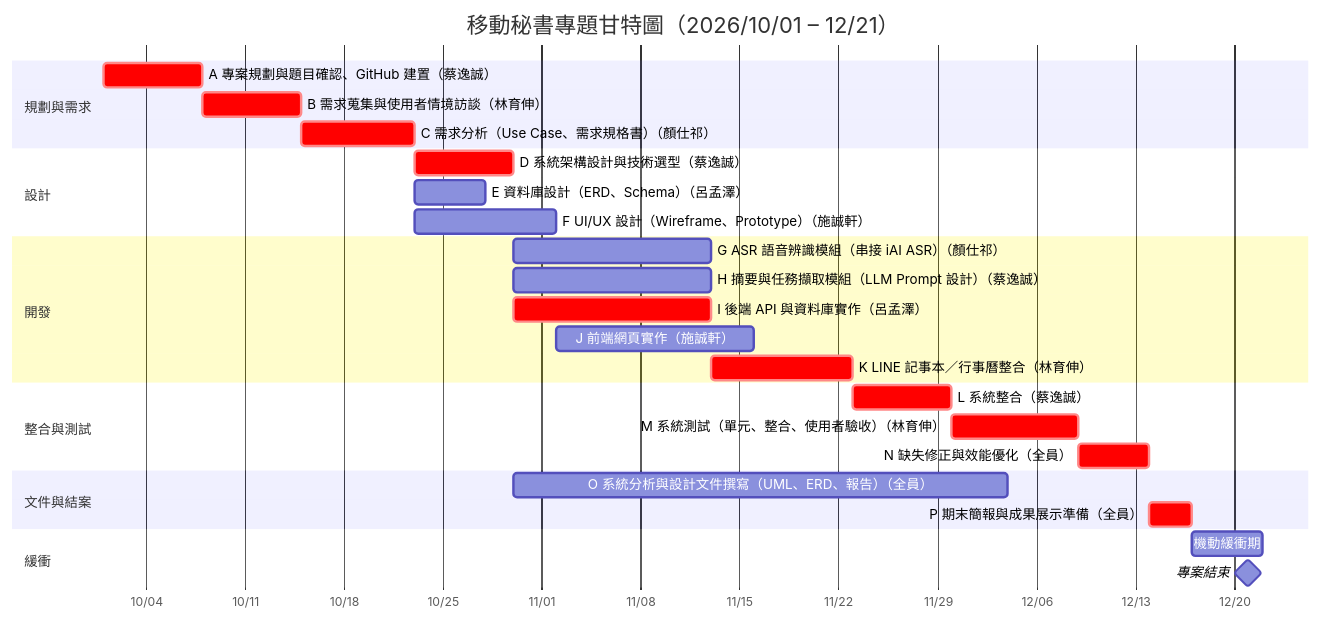
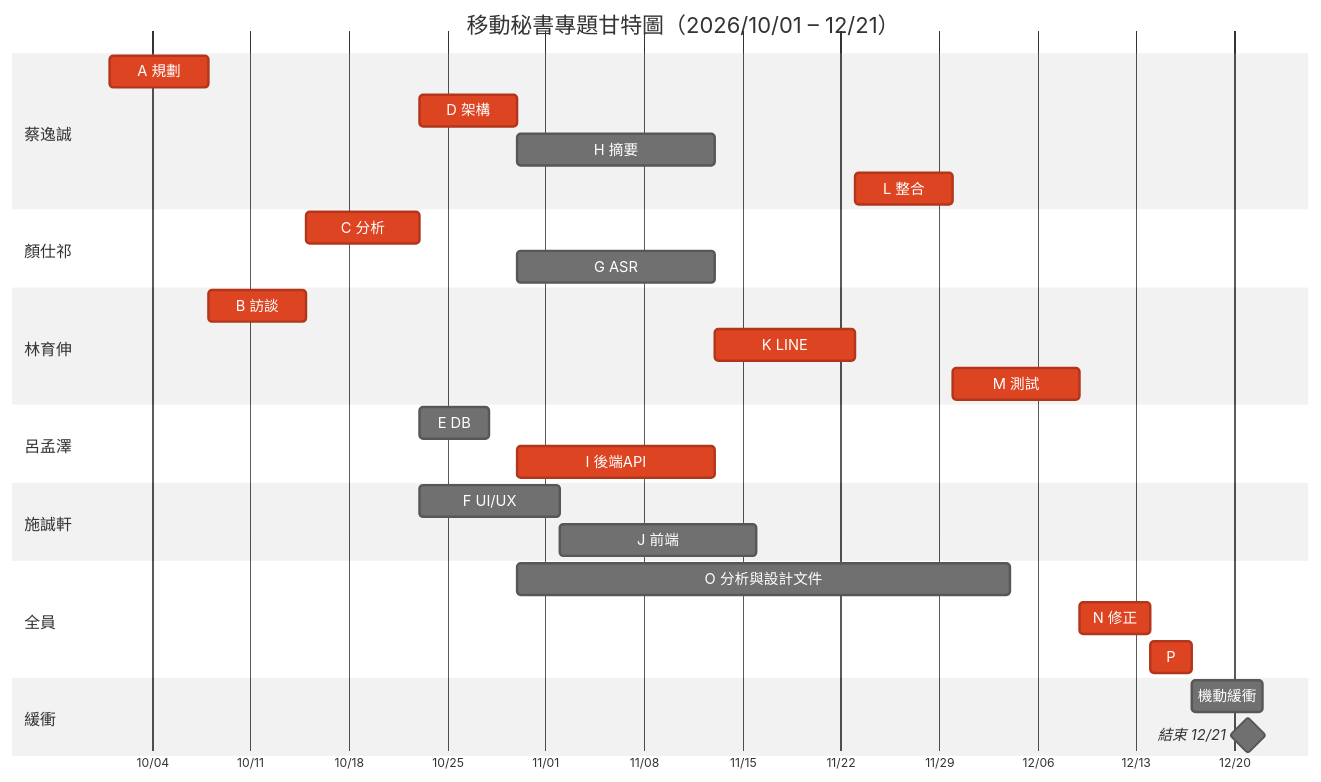
The first of 2 diagrams in team_work_2.md (YENpsychopomp/systemdesign), drawn with Mermaid before and after one commit.

Commit message:
Refactor Gantt chart sections and tasks

````diff
--- a/team_work_2.md
+++ b/team_work_2.md
@@ -86,31 +86,33 @@
 ```mermaid
+%%{init: {"theme": "neutral", "gantt": {"barHeight": 26, "barGap": 6, "fontSize": 12, "sectionFontSize": 13, "leftPadding": 80, "topPadding": 44, "gridLineStartPadding": 30}}}%%
 gantt
     title 移動秘書專題甘特圖（2026/10/01 – 12/21）
     dateFormat YYYY-MM-DD
     axisFormat %m/%d
     tickInterval 1week
-    section 規劃與需求
-    A 專案規劃與題目確認、GitHub 建置（蔡逸誠） :crit, a, 2026-10-01, 7d
-    B 需求蒐集與使用者情境訪談（林育伸） :crit, b, 2026-10-08, 7d
-    C 需求分析（Use Case、需求規格書）（顏仕祁） :crit, c, 2026-10-15, 8d
-    section 設計
-    D 系統架構設計與技術選型（蔡逸誠） :crit, d, 2026-10-23, 7d
-    E 資料庫設計（ERD、Schema）（呂孟澤） :e, 2026-10-23, 5d
-    F UI/UX 設計（Wireframe、Prototype）（施誠軒） :f, 2026-10-23, 10d
-    section 開發
-    G ASR 語音辨識模組（串接 iAI ASR）（顏仕祁） :g, 2026-10-30, 14d
-    H 摘要與任務擷取模組（LLM Prompt 設計）（蔡逸誠） :h, 2026-10-30, 14d
-    I 後端 API 與資料庫實作（呂孟澤） :crit, i, 2026-10-30, 14d
-    J 前端網頁實作（施誠軒） :j, 2026-11-02, 14d
-    K LINE 記事本／行事曆整合（林育伸） :crit, k, 2026-11-13, 10d
-    section 整合與測試
-    L 系統整合（蔡逸誠） :crit, l, 2026-11-23, 7d
-    M 系統測試（單元、整合、使用者驗收）（林育伸） :crit, m, 2026-11-30, 9d
-    N 缺失修正與效能優化（全員） :crit, n, 2026-12-09, 5d
-    section 文件與結案
-    O 系統分析與設計文件撰寫（UML、ERD、報告）（全員） :o, 2026-10-30, 35d
-    P 期末簡報與成果展示準備（全員） :crit, p, 2026-12-14, 3d
+    section 蔡逸誠
+    A 規劃 :crit, a, 2026-10-01, 7d
+    D 架構 :crit, d, 2026-10-23, 7d
+    H 摘要 :h, 2026-10-30, 14d
+    L 整合 :crit, l, 2026-11-23, 7d
+    section 顏仕祁
+    C 分析 :crit, c, 2026-10-15, 8d
+    G ASR :g, 2026-10-30, 14d
+    section 林育伸
+    B 訪談 :crit, b, 2026-10-08, 7d
+    K LINE :crit, k, 2026-11-13, 10d
+    M 測試 :crit, m, 2026-11-30, 9d
+    section 呂孟澤
+    E DB :e, 2026-10-23, 5d
+    I 後端API :crit, i, 2026-10-30, 14d
+    section 施誠軒
+    F UI/UX :f, 2026-10-23, 10d
+    J 前端 :j, 2026-11-02, 14d
+    section 全員
+    O 分析與設計文件 :o, 2026-10-30, 35d
+    N 修正 :crit, n, 2026-12-09, 5d
+    P :crit, p, 2026-12-14, 3d
     section 緩衝
-    機動緩衝期 :buf, 2026-12-17, 5d
-    專案結束 :milestone, fin, 2026-12-21, 0d
+    機動緩衝 :buf, 2026-12-17, 5d
+    結束 12/21 :milestone, fin, 2026-12-21, 0d
 ```
````
